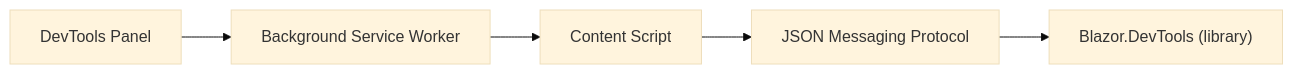
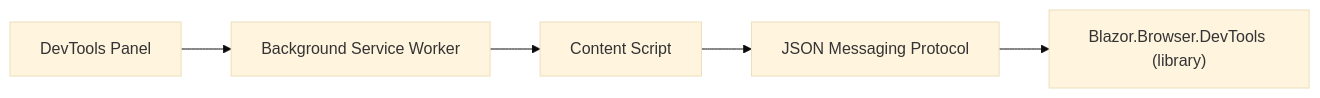
The diagram in README.md (mistahoward/blazor-dev-tools), drawn with Mermaid (base theme) before and after one commit. The commit also changed other lines of this file and 3 other files, not shown here.

````diff
--- a/README.md
+++ b/README.md
@@ -299,13 +299,13 @@
 ```mermaid
 flowchart LR
   devtoolsPanel["DevTools Panel"]
   backgroundSw["Background Service Worker"]
   contentScript["Content Script"]
   jsonProtocol["JSON Messaging Protocol"]
-  blazorLib["Blazor.DevTools (library)"]
+  blazorLib["Blazor.Browser.DevTools (library)"]
 
   devtoolsPanel --> backgroundSw
   backgroundSw --> contentScript
   contentScript --> jsonProtocol
   jsonProtocol --> blazorLib
 ```
````
